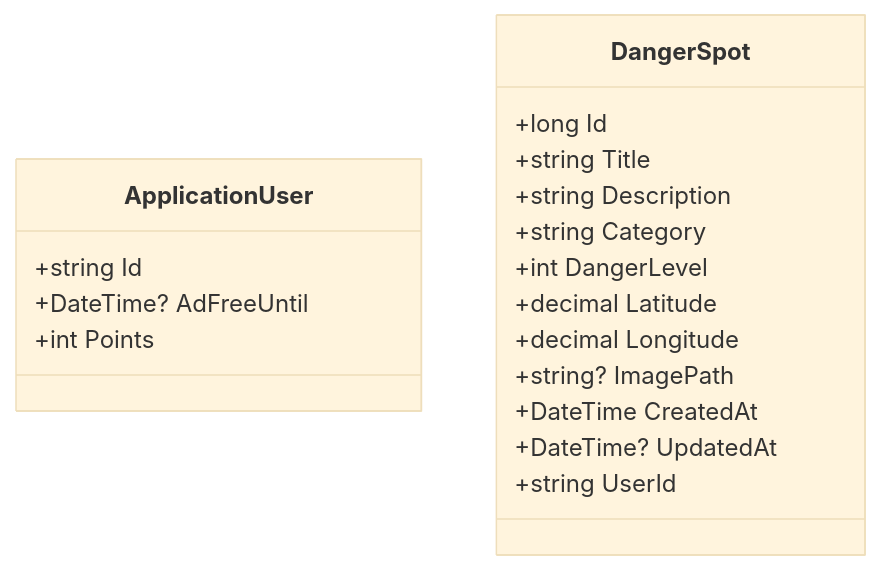
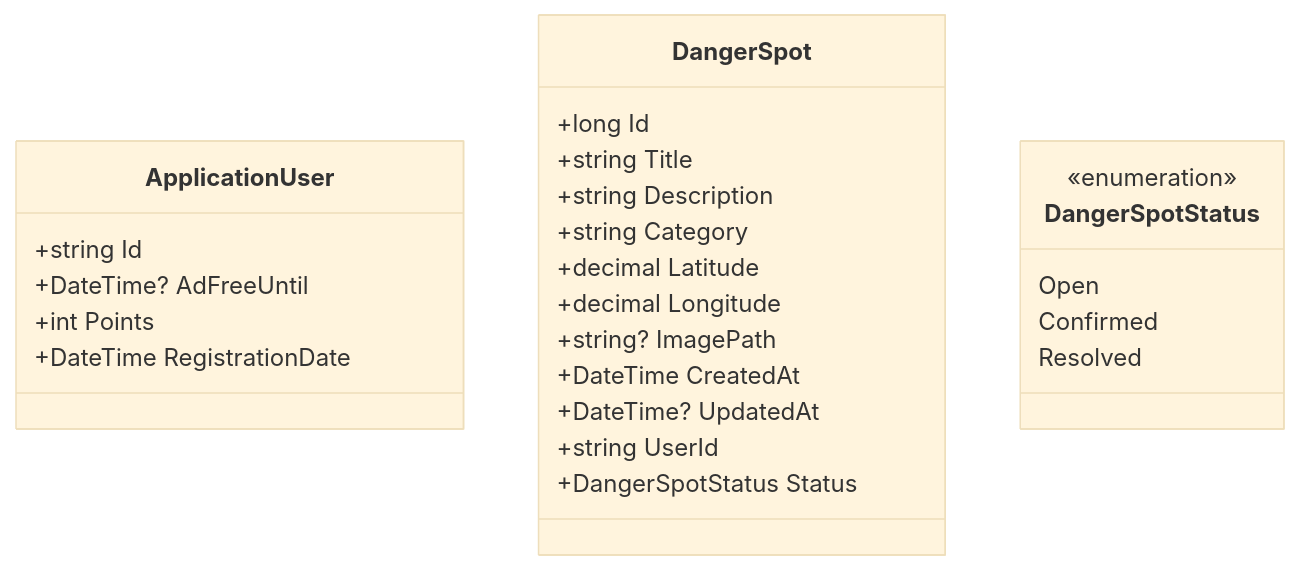
One commit to ShimosatoRen/SafeWalk-VNJP-v2 changed the first of 2 diagrams in DotNetStarterProject/design/内部設計書.md. Above: the diagram before and after it, drawn with Mermaid (base theme). The commit also changed other lines of this file and 4 other files, not shown here.

````diff
--- a/DotNetStarterProject/design/内部設計書.md
+++ b/DotNetStarterProject/design/内部設計書.md
@@ -16,23 +16,31 @@
 ```mermaid
 classDiagram
 
     class ApplicationUser {
         +string Id
         +DateTime? AdFreeUntil
         +int Points
+        +DateTime RegistrationDate
     }
 
     class DangerSpot {
         +long Id
         +string Title
         +string Description
         +string Category
-        +int DangerLevel
         +decimal Latitude
         +decimal Longitude
         +string? ImagePath
         +DateTime CreatedAt
         +DateTime? UpdatedAt
         +string UserId
+        +DangerSpotStatus Status
+    }
+
+    class DangerSpotStatus {
+        <<enumeration>>
+        Open
+        Confirmed
+        Resolved
     }
 ```
````
